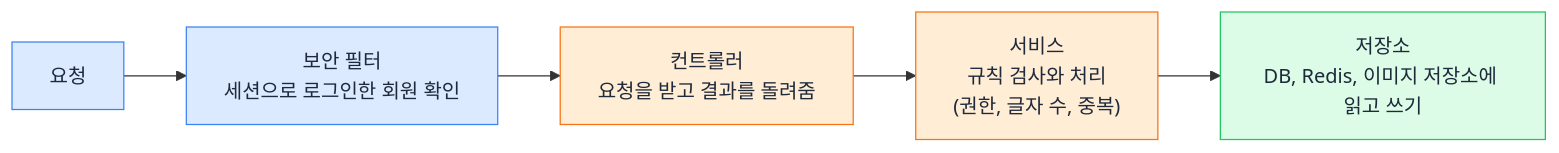
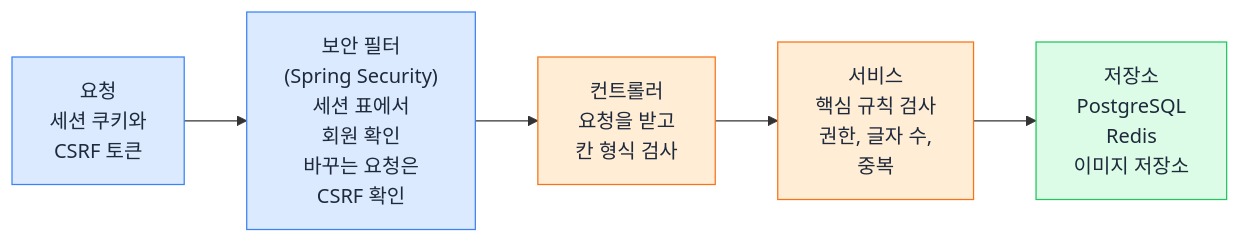
Before and after one commit to home-blog/docs: the diagram in docs/3-설계/그림/원본/02-요청처리순서.mmd, drawn with Mermaid. The commit also changed 17 other files, not shown here.

```diff
--- a/docs/3-설계/그림/원본/02-요청처리순서.mmd
+++ b/docs/3-설계/그림/원본/02-요청처리순서.mmd
@@ -1,11 +1,11 @@
 flowchart LR
-  REQ["요청"] --> SEC["보안 필터<br/>세션으로 로그인한 회원 확인"]
-  SEC --> CTL["컨트롤러<br/>요청을 받고 결과를 돌려줌"]
-  CTL --> SVC["서비스<br/>규칙 검사와 처리<br/>(권한, 글자 수, 중복)"]
-  SVC --> REPO["저장소<br/>DB, Redis, 이미지 저장소에 읽고 쓰기"]
+  REQ["요청<br/>세션 쿠키와<br/>CSRF 토큰"] --> SEC["보안 필터<br/>(Spring Security)<br/>세션 표에서<br/>회원 확인<br/>바꾸는 요청은<br/>CSRF 확인"]
+  SEC --> CTL["컨트롤러<br/>요청을 받고<br/>칸 형식 검사"]
+  CTL --> SVC["서비스<br/>핵심 규칙 검사<br/>권한, 글자 수,<br/>중복"]
+  SVC --> REPO["저장소<br/>PostgreSQL<br/>Redis<br/>이미지 저장소"]
   classDef a fill:#dbeafe,stroke:#3b82f6,color:#1e293b
   classDef b fill:#ffedd5,stroke:#f97316,color:#1e293b
   classDef c fill:#dcfce7,stroke:#22c55e,color:#1e293b
   class REQ,SEC a
   class CTL,SVC b
   class REPO c
```
